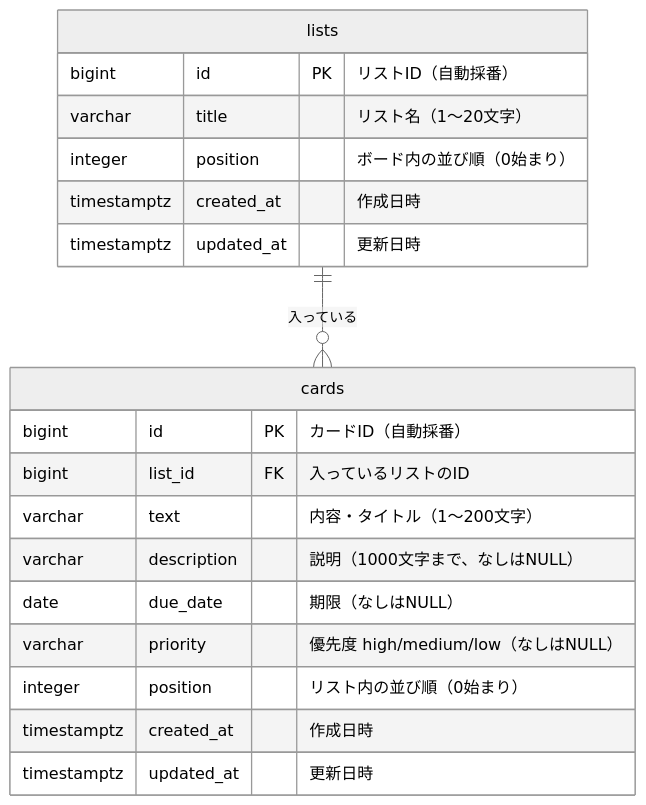
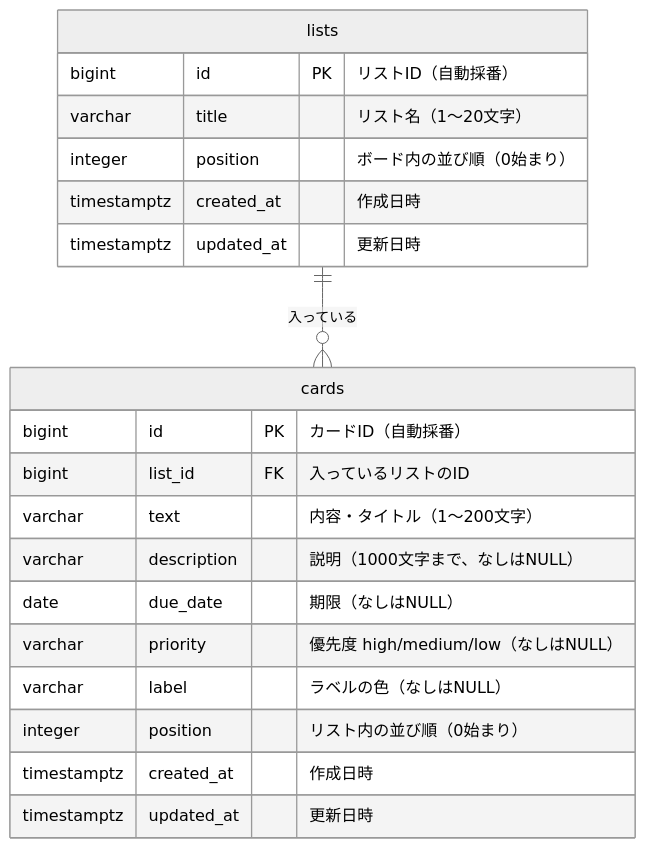
The diagram in docs/requirements/04-system-design.md (nozomi-jp/task-app), drawn with Mermaid (neutral theme) before and after one commit. The commit also changed other lines of this file and 27 other files, not shown here.

````diff
--- a/docs/requirements/04-system-design.md
+++ b/docs/requirements/04-system-design.md
@@ -47,22 +47,23 @@
 ```mermaid
 erDiagram
     lists ||--o{ cards : "入っている"
     lists {
         bigint id PK "リストID（自動採番）"
         varchar title "リスト名（1〜20文字）"
         integer position "ボード内の並び順（0始まり）"
         timestamptz created_at "作成日時"
         timestamptz updated_at "更新日時"
     }
     cards {
         bigint id PK "カードID（自動採番）"
         bigint list_id FK "入っているリストのID"
         varchar text "内容・タイトル（1〜200文字）"
         varchar description "説明（1000文字まで、なしはNULL）"
         date due_date "期限（なしはNULL）"
         varchar priority "優先度 high/medium/low（なしはNULL）"
+        varchar label "ラベルの色（なしはNULL）"
         integer position "リスト内の並び順（0始まり）"
         timestamptz created_at "作成日時"
         timestamptz updated_at "更新日時"
     }
 ```
````
